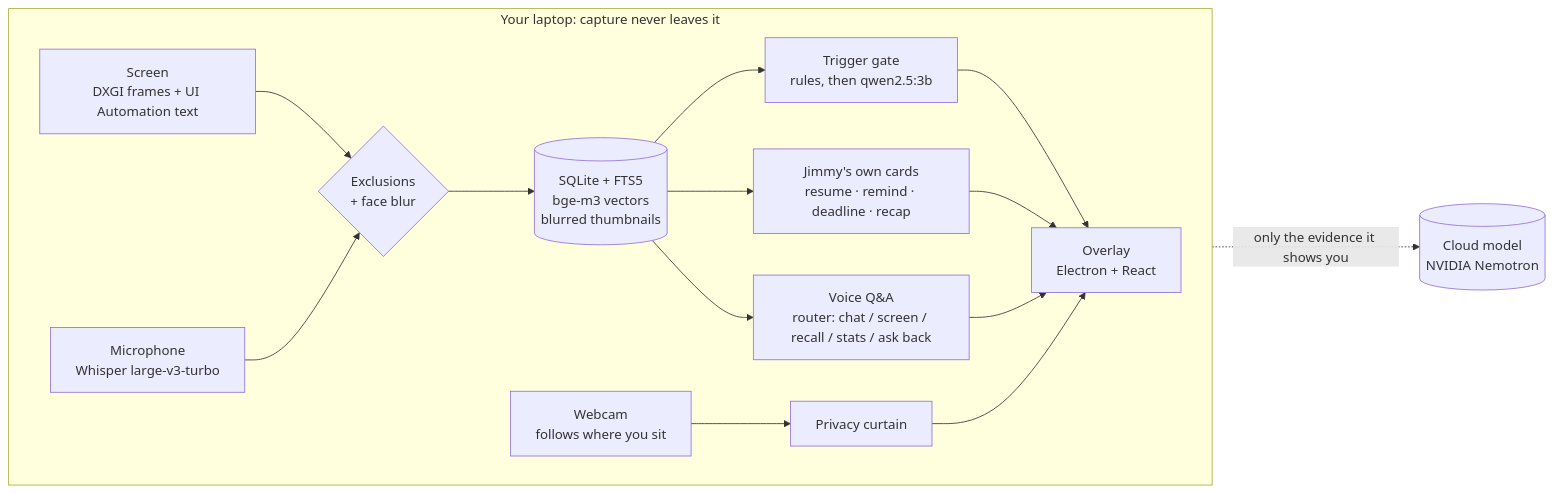
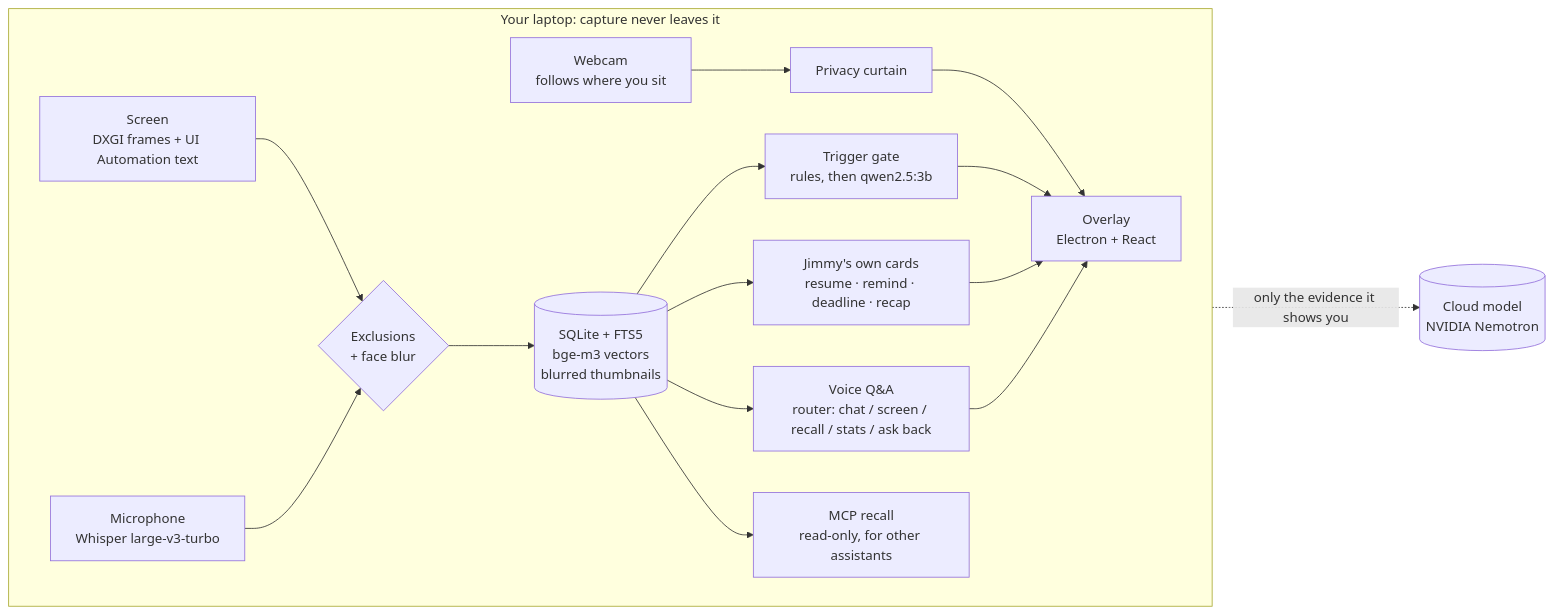
One commit to Adhrit-Verma/Jimmy changed the first of 3 diagrams in README.md. Above: the diagram before and after it, drawn with Mermaid. The commit also changed other lines of this file, not shown here.

First line of the commit message:
docs: README for D47-D52: the agent's task flow, policy layer, footprint, optional extras, MCP recall

````diff
--- a/README.md
+++ b/README.md
@@ -383,18 +438,19 @@
 ```mermaid
 flowchart LR
   subgraph laptop["Your laptop: capture never leaves it"]
     direction LR
     scr["Screen<br/>DXGI frames + UI Automation text"] --> gate0{"Exclusions<br/>+ face blur"}
     mic["Microphone<br/>Whisper large-v3-turbo"] --> gate0
     cam["Webcam<br/>follows where you sit"] --> curtain["Privacy curtain"]
     gate0 --> db[("SQLite + FTS5<br/>bge-m3 vectors<br/>blurred thumbnails")]
     db --> cards["Trigger gate<br/>rules, then qwen2.5:3b"]
     db --> own["Jimmy's own cards<br/>resume · remind · deadline · recap"]
     db --> ask["Voice Q&A<br/>router: chat / screen / recall / stats / ask back"]
     cards --> ui["Overlay<br/>Electron + React"]
     own --> ui
     ask --> ui
     curtain --> ui
+    db --> mcp["MCP recall<br/>read-only, for other assistants"]
   end
   ask -. "only the evidence it shows you" .-> llm[("Cloud model<br/>NVIDIA Nemotron")]
 ```
````
